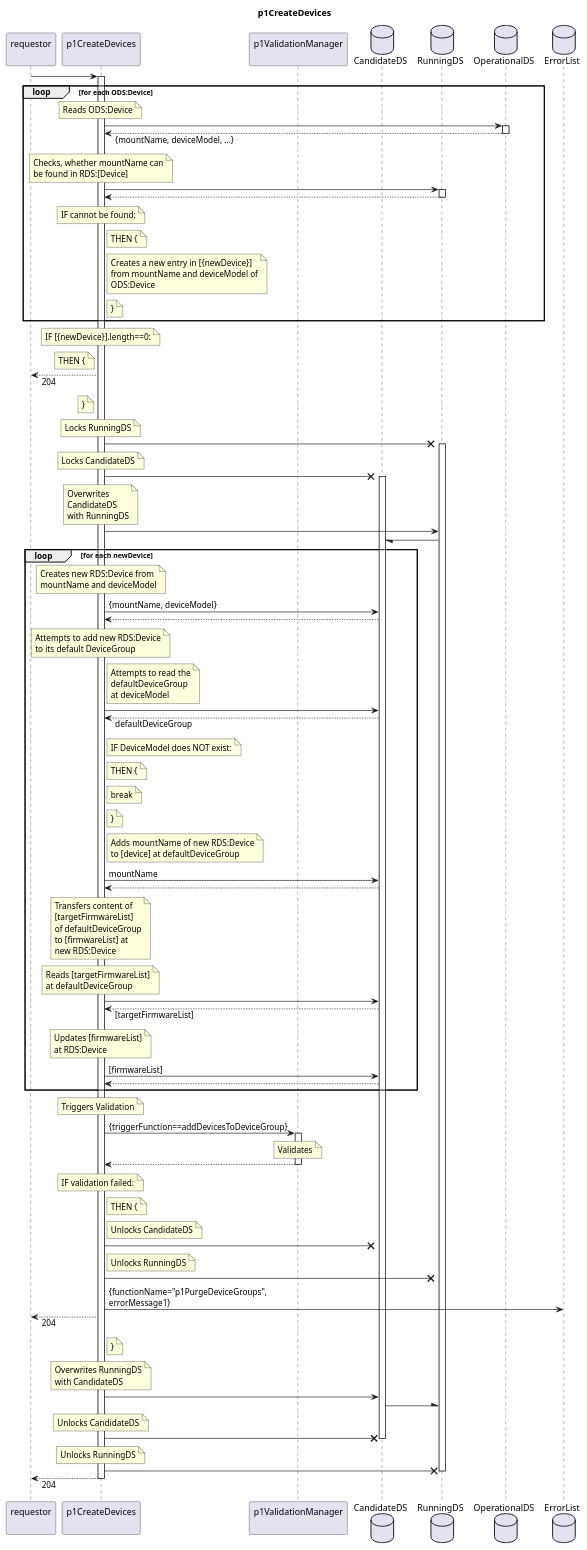
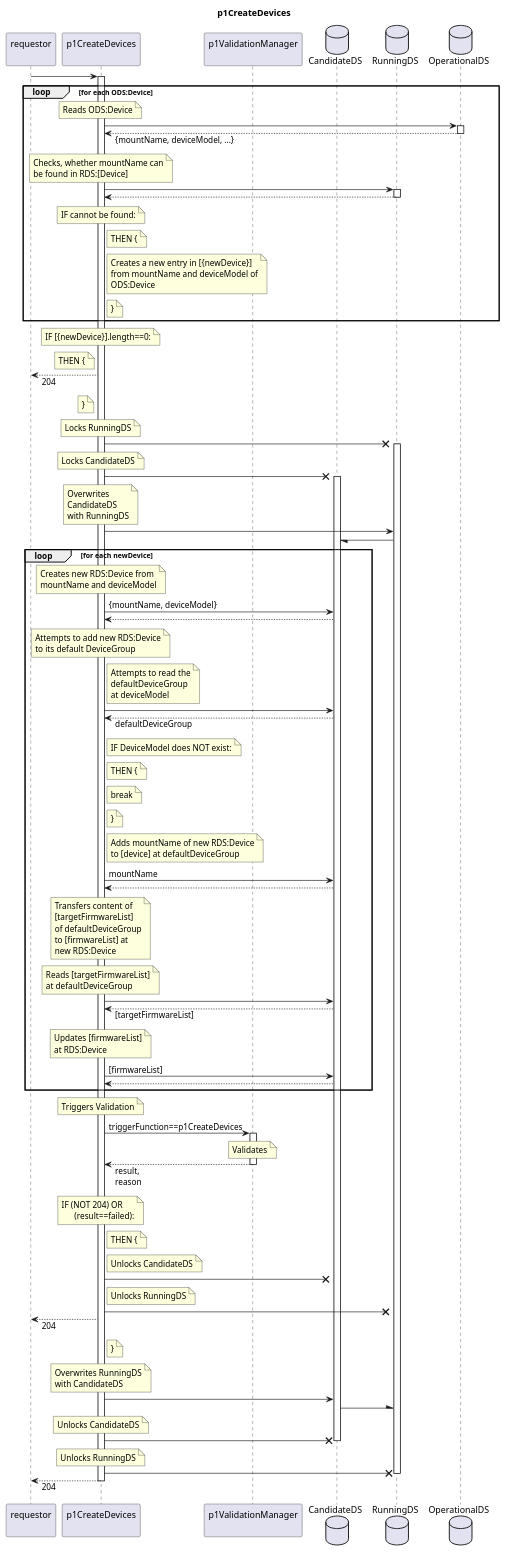
One commit to openBackhaul/FirmWareManager changed the diagram in spec/Functions/Interpretation/p1CreateDevices/1.0.0/p1CreateDevices.plantuml. Above: the diagram before and after it, drawn with PlantUML. The commit also changed 105 other files, not shown here.

```diff
--- a/spec/Functions/Interpretation/p1CreateDevices/1.0.0/p1CreateDevices.plantuml
+++ b/spec/Functions/Interpretation/p1CreateDevices/1.0.0/p1CreateDevices.plantuml
@@ -1,189 +1,189 @@
 @startuml p1CreateDevices
 skinparam responseMessageBelowArrow true
 
 title
   p1CreateDevices
 end title
 
 participant "requestor\n" as requestor
 participant "p1CreateDevices\n" as indServ
 participant "p1ValidationManager\n" as valiMan
 
 database "CandidateDS" as CanDS
 database "RunningDS" as RunDS
 database "OperationalDS" as OpDS
-database "ErrorList" as hEL
 
 requestor -> indServ
 activate indServ
 
   loop for each ODS:Device
     note over indServ
       Reads ODS:Device
     end note
     indServ -> OpDS
     activate OpDS
     indServ <-- OpDS: {mountName, deviceModel, ...}
     deactivate OpDS
     note over indServ
       Checks, whether mountName can
       be found in RDS:[Device]
     end note
     indServ -> RunDS
     activate RunDS
     indServ <-- RunDS
     deactivate RunDS
     note over indServ
       IF cannot be found:
     end note
     note right indServ
       THEN {
     end note
     note right indServ
       Creates a new entry in [{newDevice}]
       from mountName and deviceModel of
       ODS:Device
     end note
     note right indServ
       }
     end note
   end loop
   note over indServ
     IF [{newDevice}].length==0:
   end note
   note left indServ
     THEN {
   end note
   requestor <-- indServ: 204
   note left indServ
     }
   end note  
 
   note over indServ
     Locks RunningDS
   end note
   indServ -X RunDS
   activate RunDS
   note over indServ
     Locks CandidateDS
   end note
   indServ -X CanDS
   activate CanDS
   note over indServ
     Overwrites
     CandidateDS
     with RunningDS
   end note
   indServ -> RunDS
   RunDS -/ CanDS
 
   loop for each newDevice
     note over indServ
       Creates new RDS:Device from
       mountName and deviceModel
     end note
     indServ -> CanDS: {mountName, deviceModel}
     indServ <-- CanDS
 
     note over indServ
       Attempts to add new RDS:Device
       to its default DeviceGroup
     end note
     note right indServ
       Attempts to read the
       defaultDeviceGroup
       at deviceModel
     end note
     indServ -> CanDS
     indServ <-- CanDS: defaultDeviceGroup
     note right indServ
       IF DeviceModel does NOT exist:
     end note
     note right indServ
       THEN {
     end note
     note right indServ
       break
     end note
     note right indServ
       }
     end note
     note right indServ
       Adds mountName of new RDS:Device
       to [device] at defaultDeviceGroup
     end note
     indServ -> CanDS: mountName
     indServ <-- CanDS
  
     note over indServ
       Transfers content of
       [targetFirmwareList]
       of defaultDeviceGroup
       to [firmwareList] at
       new RDS:Device
     end note
     note over indServ
       Reads [targetFirmwareList]
       at defaultDeviceGroup
     end note
     indServ -> CanDS
     indServ <-- CanDS: [targetFirmwareList]
     note over indServ
       Updates [firmwareList]
       at RDS:Device
     end note
     indServ -> CanDS: [firmwareList]
     indServ <-- CanDS
   end loop
 
   note over indServ
     Triggers Validation
   end note
-  indServ -> valiMan: {triggerFunction==addDevicesToDeviceGroup}
+  indServ -> valiMan: triggerFunction==p1CreateDevices
   activate valiMan
     note over valiMan
       Validates
     end note
-  indServ <-- valiMan
+  indServ <-- valiMan: result,\nreason
   deactivate valiMan
   note over indServ
-    IF validation failed:
+    IF (NOT 204) OR 
+          (result==failed):
   end note
   note right indServ
     THEN {
   end note
   note right indServ
     Unlocks CandidateDS
   end note
   indServ -X CanDS
   note right indServ
     Unlocks RunningDS
   end note
   indServ -X RunDS
-  indServ -> hEL: {functionName="p1PurgeDeviceGroups",\nerrorMessage1}
+
   requestor <-- indServ: 204
   note right indServ
     }
   end note
 
   note over indServ
     Overwrites RunningDS
     with CandidateDS
   end note
   indServ -> CanDS
   CanDS -\ RunDS
   note over indServ
     Unlocks CandidateDS
   end note
   indServ -X CanDS
   deactivate CanDS
   note over indServ
     Unlocks RunningDS
   end note
   indServ -X RunDS
   deactivate RunDS
 
 requestor <-- indServ: 204
 deactivate indServ
 
 @enduml
```
